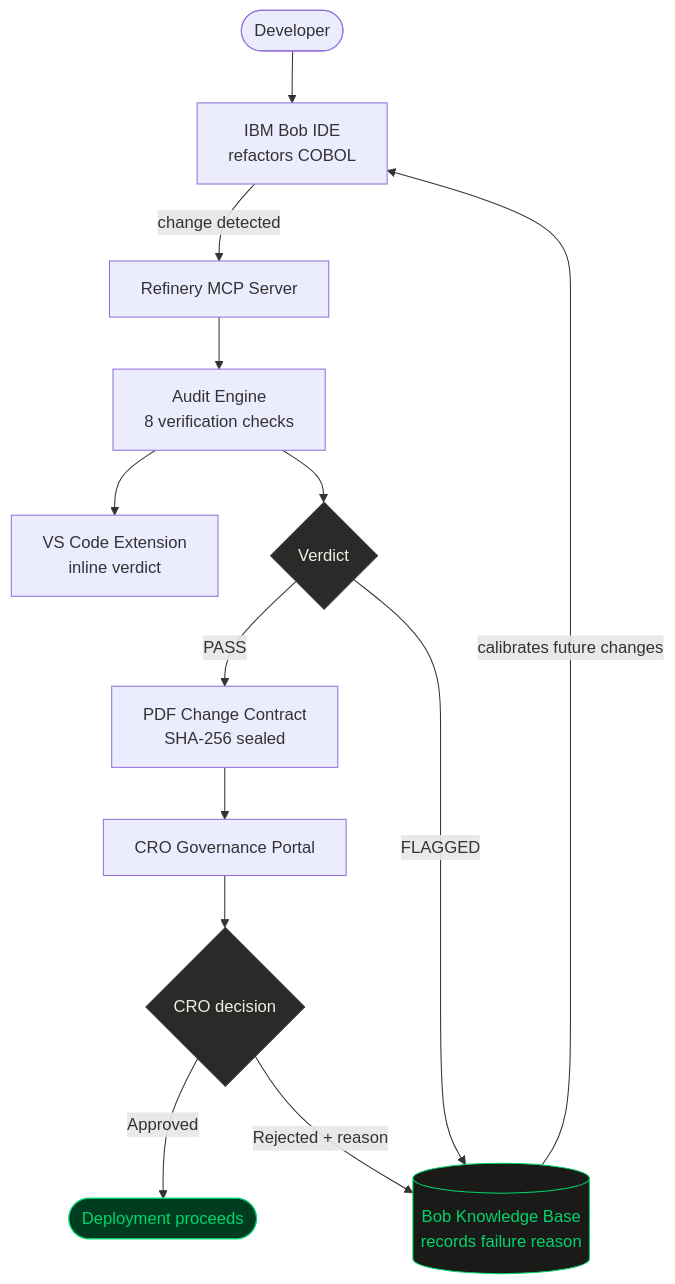
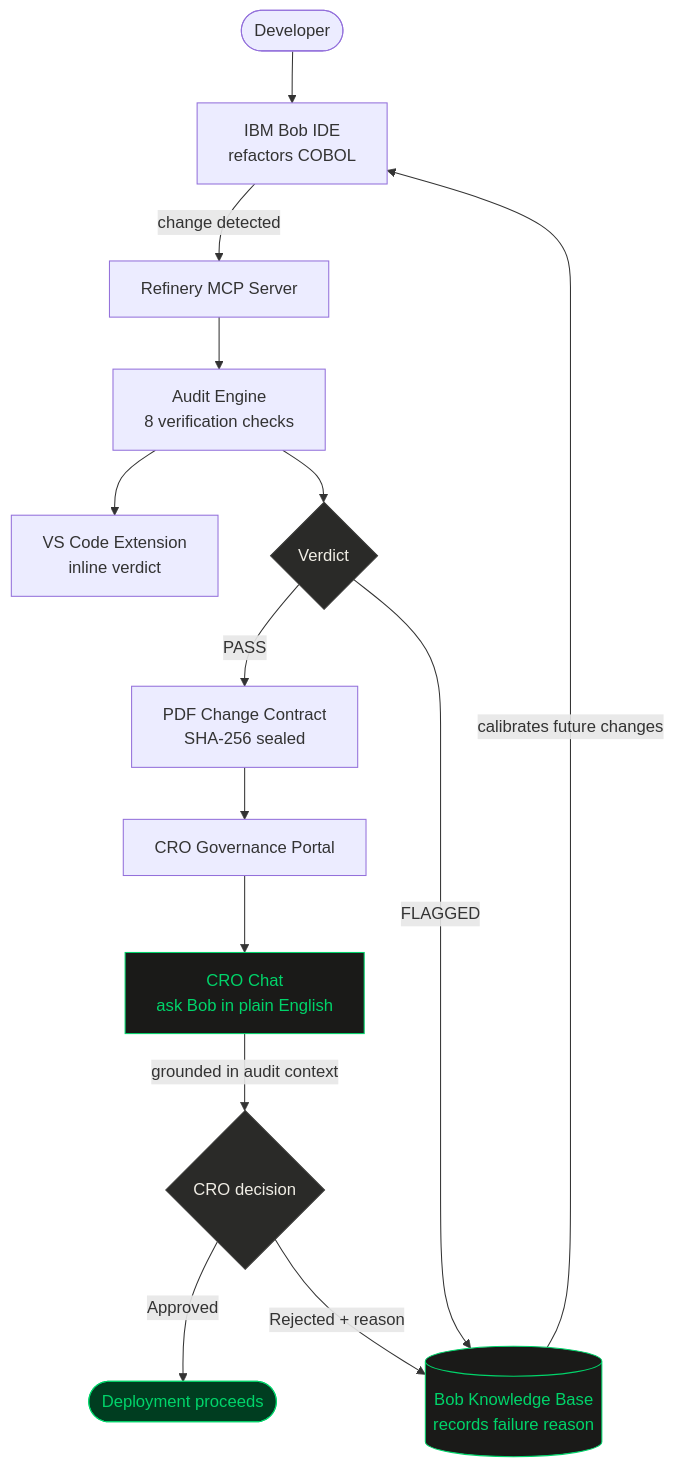
One commit to atiladeokegab/refinery-ibm-bob changed the diagram in README.md. Above: the diagram before and after it, drawn with Mermaid. The commit also changed other lines of this file and 1 other file, not shown here.

Commit message:
docs: add CRO chat section and screenshot, update flow diagram

````diff
--- a/README.md
+++ b/README.md
@@ -21,24 +21,26 @@
 ```mermaid
 flowchart TD
     DEV([Developer]) --> BOB[IBM Bob IDE\nrefactors COBOL]
     BOB -->|change detected| MCP[Refinery MCP Server]
     MCP --> AUDIT[Audit Engine\n8 verification checks]
     AUDIT --> VSCODE[VS Code Extension\ninline verdict]
     AUDIT --> V{Verdict}
 
     V -->|PASS| PDF[PDF Change Contract\nSHA-256 sealed]
     V -->|FLAGGED| RAG[(Bob Knowledge Base\nrecords failure reason)]
 
     PDF --> PORTAL[CRO Governance Portal]
-    PORTAL --> CRO{CRO decision}
+    PORTAL --> CHAT[CRO Chat\nask Bob in plain English]
+    CHAT -->|grounded in audit context| CRO{CRO decision}
 
     CRO -->|Approved| DEPLOY([Deployment proceeds])
     CRO -->|Rejected + reason| RAG
 
     RAG -->|calibrates future changes| BOB
 
     style RAG fill:#1a1a18,color:#00D46A,stroke:#00D46A
     style V fill:#2a2a28,color:#F0EDE5,stroke:#3a3a38
     style CRO fill:#2a2a28,color:#F0EDE5,stroke:#3a3a38
     style DEPLOY fill:#003d20,color:#00D46A,stroke:#00D46A
+    style CHAT fill:#1a1a18,color:#00D46A,stroke:#00D46A
 ```
````
